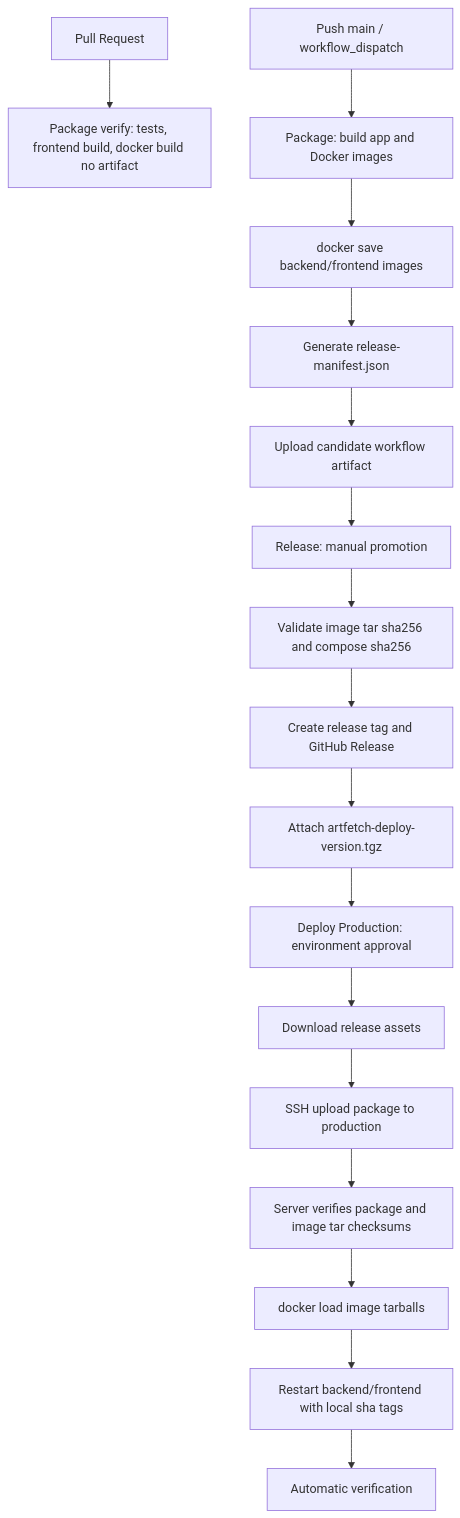
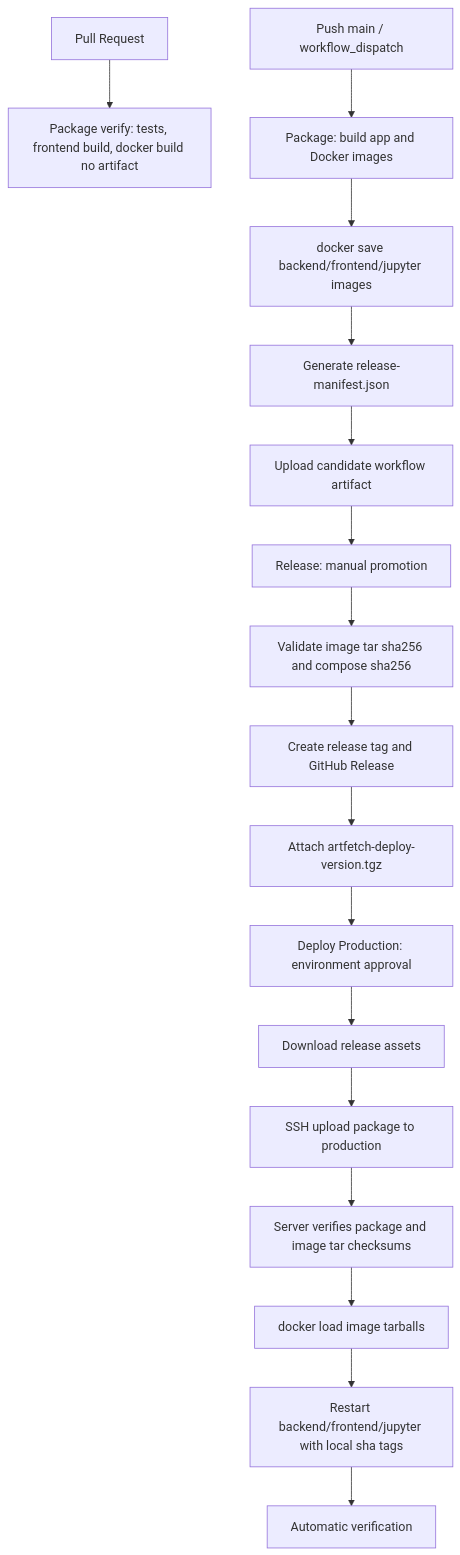
The diagram in docs/design-github-actions-release-deployment.md (xiaoyi001yeye/ArtFetch), drawn with Mermaid before and after one commit. The commit also changed other lines of this file and 12 other files, not shown here.

````diff
--- a/docs/design-github-actions-release-deployment.md
+++ b/docs/design-github-actions-release-deployment.md
@@ -33,19 +33,19 @@
 ```mermaid
 flowchart TD
     A["Pull Request"] --> B["Package verify: tests, frontend build, docker build no artifact"]
     C["Push main / workflow_dispatch"] --> D["Package: build app and Docker images"]
-    D --> E["docker save backend/frontend images"]
+    D --> E["docker save backend/frontend/jupyter images"]
     E --> F["Generate release-manifest.json"]
     F --> G["Upload candidate workflow artifact"]
     G --> H["Release: manual promotion"]
     H --> I["Validate image tar sha256 and compose sha256"]
     I --> J["Create release tag and GitHub Release"]
     J --> K["Attach artfetch-deploy-version.tgz"]
     K --> L["Deploy Production: environment approval"]
     L --> M["Download release assets"]
     M --> N["SSH upload package to production"]
     N --> O["Server verifies package and image tar checksums"]
     O --> P["docker load image tarballs"]
-    P --> Q["Restart backend/frontend with local sha tags"]
+    P --> Q["Restart backend/frontend/jupyter with local sha tags"]
     Q --> R["Automatic verification"]
 ```
````
